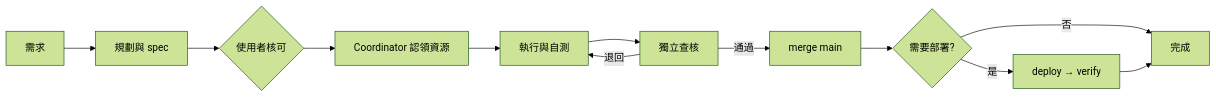
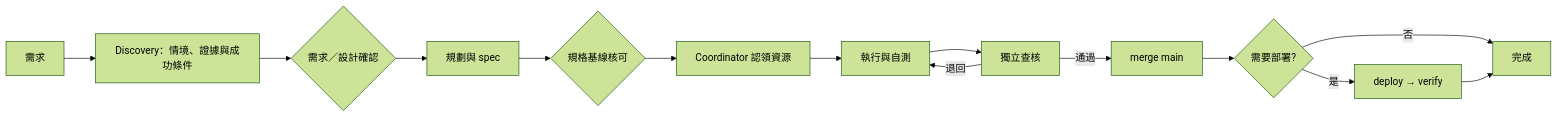
One commit to ruan6047/ai-workflow changed the diagram in AI_WORKFLOW.md. Above: the diagram before and after it, drawn with Mermaid (forest theme). The commit also changed other lines of this file and 10 other files, not shown here.

````diff
--- a/AI_WORKFLOW.md
+++ b/AI_WORKFLOW.md
@@ -44,14 +54,16 @@
 ```mermaid
 flowchart LR
-  R[需求] --> P[規劃與 spec]
-  P --> G{使用者核可}
-  G --> C[Coordinator 認領資源]
+  R[需求] --> D[Discovery：情境、證據與成功條件]
+  D --> G{需求／設計確認}
+  G --> P[規劃與 spec]
+  P --> A{規格基線核可}
+  A --> C[Coordinator 認領資源]
   C --> I[執行與自測]
   I --> V[獨立查核]
   V -->|退回| I
   V -->|通過| M[merge main]
-  M --> D{需要部署?}
-  D -->|是| X[deploy → verify]
-  D -->|否| Z[完成]
+  M --> DEP{需要部署?}
+  DEP -->|是| X[deploy → verify]
+  DEP -->|否| Z[完成]
   X --> Z
 ```
````
